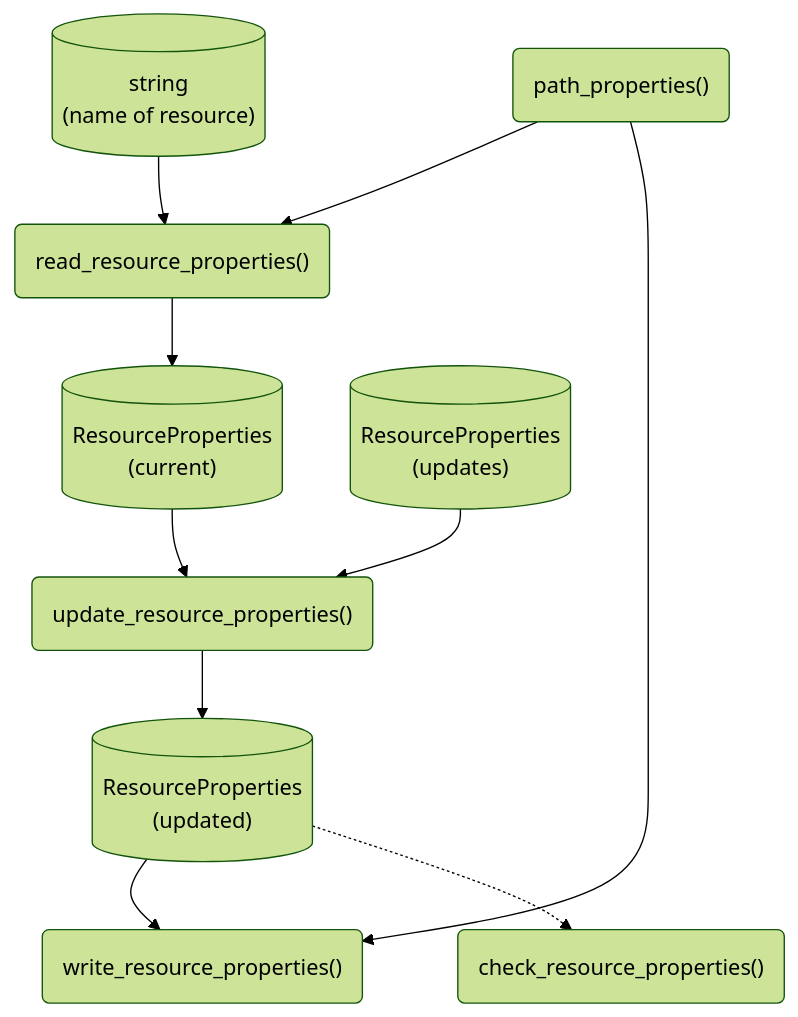
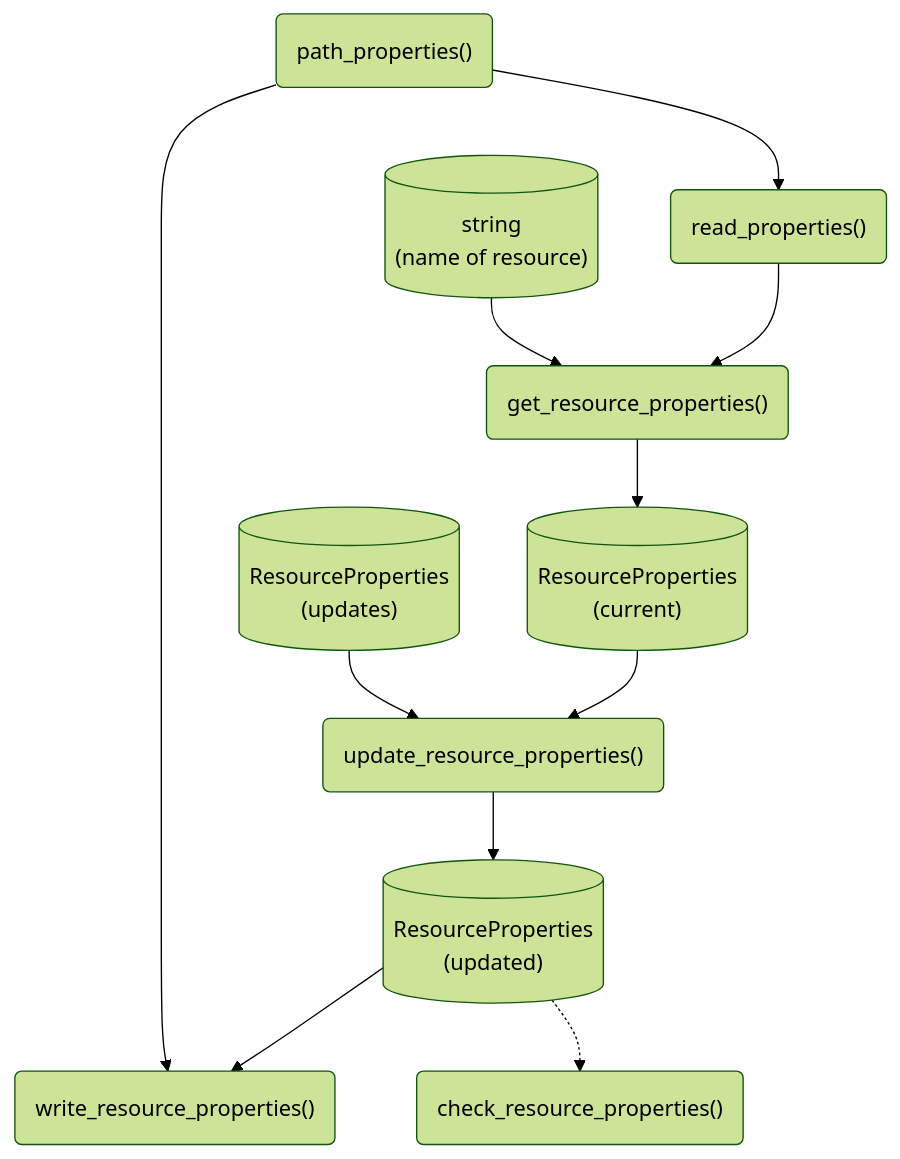
Before and after one commit to seedcase-project/seedcase-sprout: the fifth of 7 diagrams in docs/design/interface/flows.qmd, drawn with Mermaid (forest theme).

Commit message:
docs: :building_construction: add `get_resource_properties()` to flow

````diff
--- a/docs/design/interface/flows.qmd
+++ b/docs/design/interface/flows.qmd
@@ -148,25 +148,27 @@
 ```{mermaid}
 %%| label: fig-flow-update-resource-properties
 %%| fig-cap: "Diagram showing the flow of objects and functions to update a resource's properties."
 %%| fig-alt: "A flow diagram showing the steps to update resource properties."
 flowchart
     resource_name[("string<br>(name of resource)")]
     properties_current[("ResourceProperties<br>(current)")]
     properties_updates[("ResourceProperties<br>(updates)")]
     properties_updated[("ResourceProperties<br>(updated)")]
     path_properties("path_properties()")
     update_resource_properties("update_resource_properties()")
-    read_resource_properties("read_resource_properties()")
+    read_properties("read_properties()")
+    get_resource_properties("get_resource_properties()")
     write_resource_properties("write_resource_properties()")
     check_resource_properties("check_resource_properties()")
 
-    path_properties --> read_resource_properties
-    read_resource_properties --> properties_current
+    path_properties --> read_properties
+    read_properties --> get_resource_properties
+    get_resource_properties --> properties_current
     properties_current --> update_resource_properties
     properties_updates --> update_resource_properties
     update_resource_properties --> properties_updated
     properties_updated --> write_resource_properties
     path_properties --> write_resource_properties
-    resource_name --> read_resource_properties
+    resource_name --> get_resource_properties
     properties_updated -.-> check_resource_properties
 ```
````
